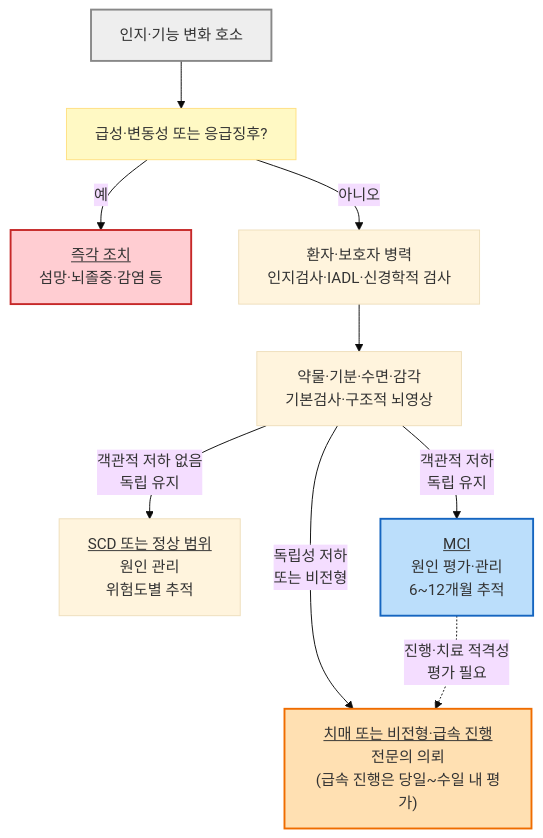
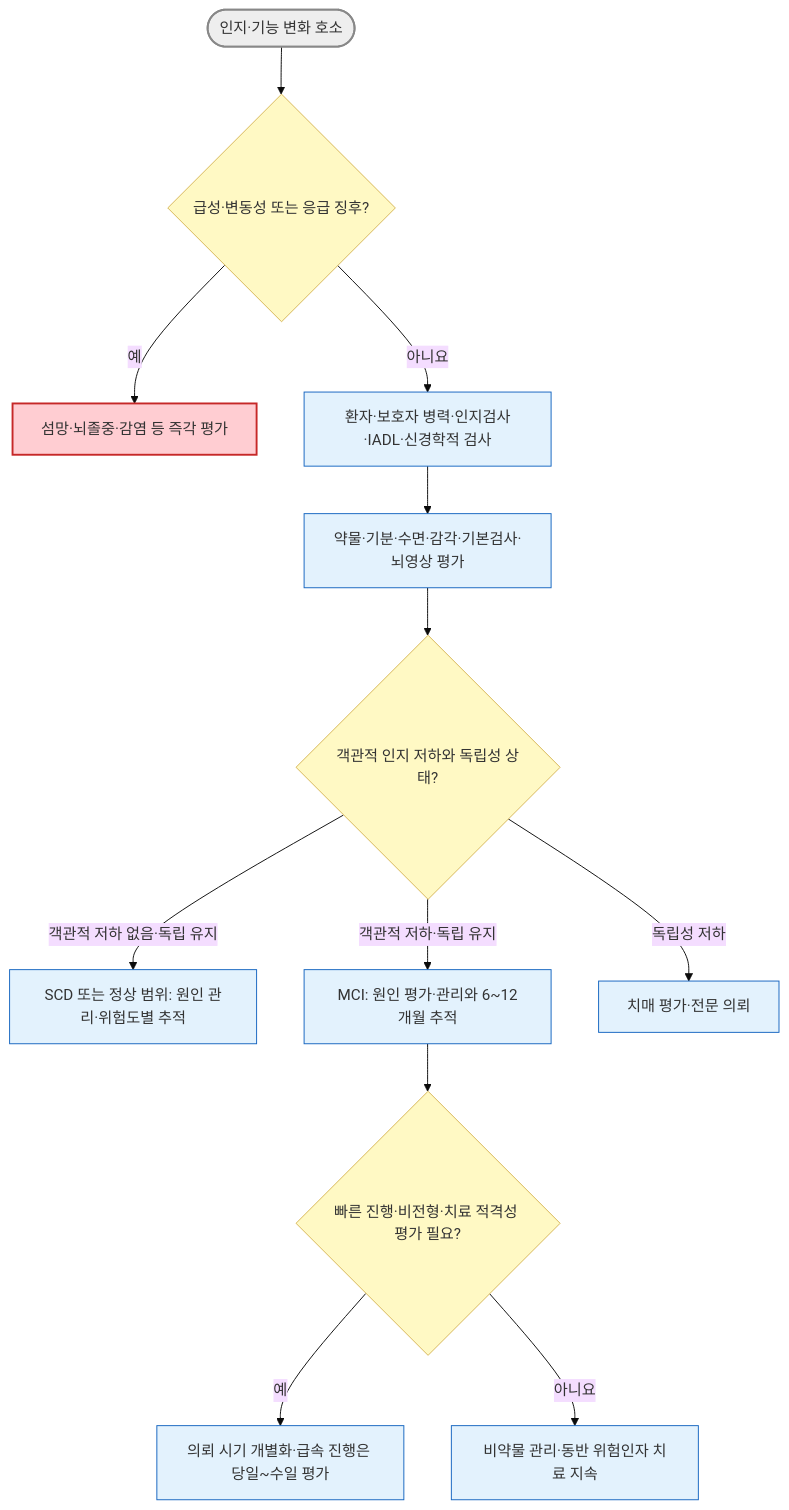
One commit to familyoh77/familyoh77 changed the diagram in 221_/032_-mild-cognitive-impairment.md. Above: the diagram before and after it, drawn with Mermaid (base theme). The commit also changed other lines of this file and 9 other files, not shown here.

````diff
--- a/221_/032_-mild-cognitive-impairment.md
+++ b/221_/032_-mild-cognitive-impairment.md
@@ -226,18 +229,22 @@
 ```mermaid
 flowchart TD
-    A["인지·기능 변화 호소"] --> B["급성·변동성 또는 응급징후?"]
-    B -->|예| E["<u>즉각 조치</u><br/>섬망·뇌졸중·감염 등"]
-    B -->|아니오| C["환자·보호자 병력<br/>인지검사·IADL·신경학적 검사"]
-    C --> D["약물·기분·수면·감각<br/>기본검사·구조적 뇌영상"]
-    D -->|객관적 저하 없음<br/>독립 유지| F["<u>SCD 또는 정상 범위</u><br/>원인 관리<br/>위험도별 추적"]
-    D -->|객관적 저하<br/>독립 유지| G["<u>MCI</u><br/>원인 평가·관리<br/>6~12개월 추적"]
-    D -->|독립성 저하<br/>또는 비전형| H["<u>치매 또는 비전형·급속 진행</u><br/>전문의 의뢰<br/>(급속 진행은 당일~수일 내 평가)"]
-    G -.->|진행·치료 적격성<br/>평가 필요| H
-
-    style A fill:#eeeeee,stroke:#888888,stroke-width:2px
-    style B fill:#fff9c4,stroke:#ffe082
-    style E fill:#ffcdd2,stroke:#c62828,stroke-width:2px
-    style G fill:#bbdefb,stroke:#1565c0,stroke-width:2px
-    style H fill:#ffe0b2,stroke:#ef6c00,stroke-width:2px
-
+    A(["인지·기능 변화 호소"]) --> B{"급성·변동성 또는 응급 징후?"}
+    B -- "예" --> E["섬망·뇌졸중·감염 등 즉각 평가"]
+    B -- "아니요" --> C["환자·보호자 병력·인지검사·IADL·신경학적 검사"]
+    C --> D["약물·기분·수면·감각·기본검사·뇌영상 평가"]
+    D --> Q{"객관적 인지 저하와 독립성 상태?"}
+    Q -- "객관적 저하 없음·독립 유지" --> F["SCD 또는 정상 범위: 원인 관리·위험도별 추적"]
+    Q -- "객관적 저하·독립 유지" --> G["MCI: 원인 평가·관리와 6~12개월 추적"]
+    Q -- "독립성 저하" --> H["치매 평가·전문 의뢰"]
+    G --> R{"빠른 진행·비전형·치료 적격성 평가 필요?"}
+    R -- "예" --> I["의뢰 시기 개별화·급속 진행은 당일~수일 평가"]
+    R -- "아니요" --> J["비약물 관리·동반 위험인자 치료 지속"]
+    classDef start fill:#eee,stroke:#888,stroke-width:2px
+    classDef decision fill:#fff9c4,stroke:#d6b656
+    classDef emergency fill:#ffcdd2,stroke:#c62828,stroke-width:2px
+    classDef treatment fill:#e3f2fd,stroke:#1565c0
+    class A start
+    class B,Q,R decision
+    class E emergency
+    class C,D,F,G,H,I,J treatment
 ```
````
